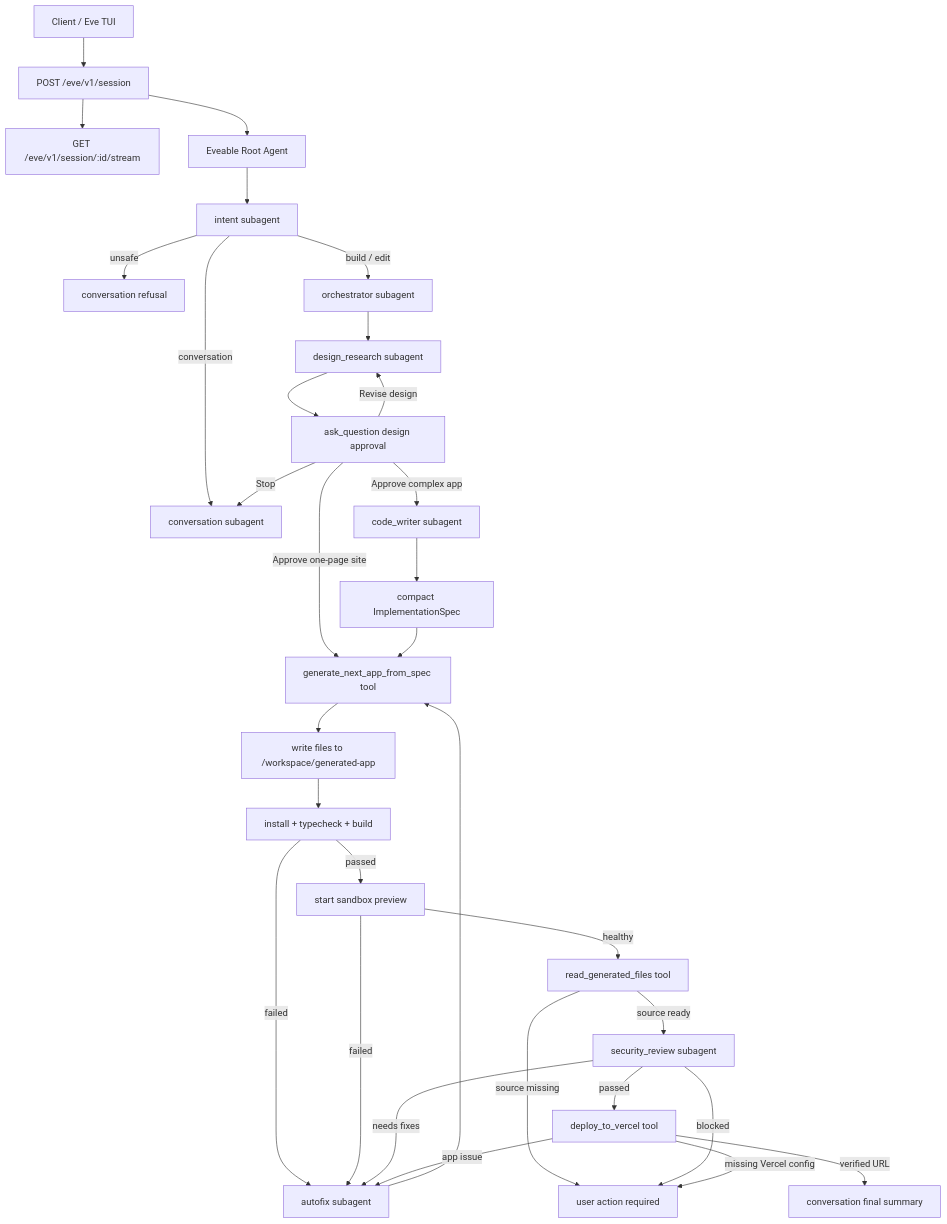
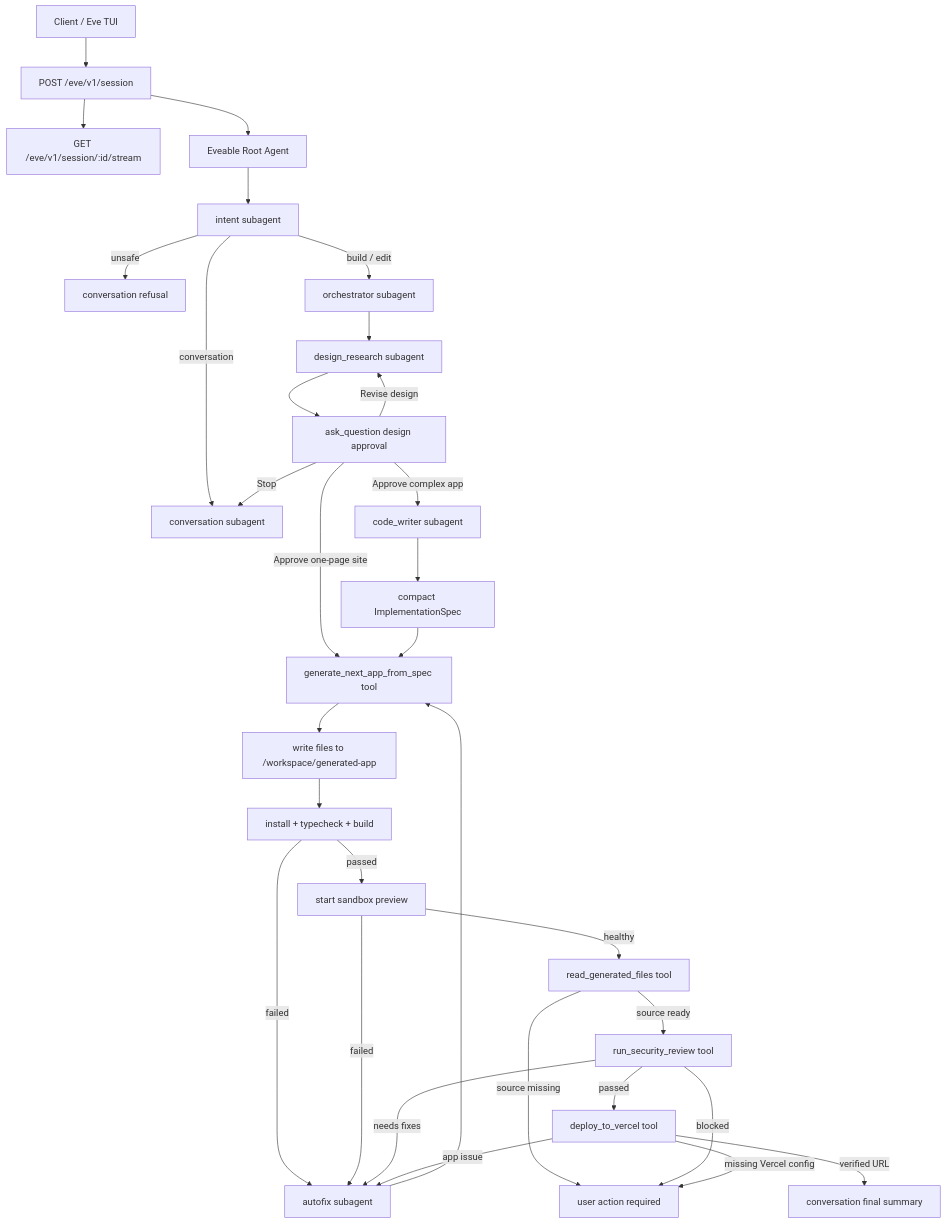
The diagram in README.md (grtsnx/eveable), drawn with Mermaid before and after one commit. The commit also changed other lines of this file and 8 other files, not shown here.

````diff
--- a/README.md
+++ b/README.md
@@ -25,48 +25,48 @@
 ```mermaid
 flowchart TD
   User["Client / Eve TUI"]
   Session["POST /eve/v1/session"]
   Stream["GET /eve/v1/session/:id/stream"]
   Root["Eveable Root Agent"]
 
   User --> Session
   Session --> Stream
   Session --> Root
 
   Root --> Intent["intent subagent"]
 
   Intent -->|"unsafe"| Refusal["conversation refusal"]
   Intent -->|"conversation"| Conversation["conversation subagent"]
   Intent -->|"build / edit"| Orchestrator["orchestrator subagent"]
 
   Orchestrator --> Design["design_research subagent"]
   Design --> Approval["ask_question design approval"]
 
   Approval -->|"Revise design"| Design
   Approval -->|"Stop"| Conversation
   Approval -->|"Approve one-page site"| Generator["generate_next_app_from_spec tool"]
   Approval -->|"Approve complex app"| CodeWriter["code_writer subagent"]
 
   CodeWriter --> Spec["compact ImplementationSpec"]
   Spec --> Generator
 
   Generator --> Write["write files to /workspace/generated-app"]
   Write --> Validate["install + typecheck + build"]
   Validate -->|"failed"| Autofix["autofix subagent"]
   Validate -->|"passed"| Preview["start sandbox preview"]
   Preview -->|"failed"| Autofix
   Preview -->|"healthy"| ReadSource["read_generated_files tool"]
 
   Autofix --> Generator
 
   ReadSource -->|"source missing"| UserAction["user action required"]
-  ReadSource -->|"source ready"| Security["security_review subagent"]
+  ReadSource -->|"source ready"| Security["run_security_review tool"]
 
   Security -->|"needs fixes"| Autofix
   Security -->|"blocked"| UserAction
   Security -->|"passed"| Deploy["deploy_to_vercel tool"]
 
   Deploy -->|"app issue"| Autofix
   Deploy -->|"missing Vercel config"| UserAction
   Deploy -->|"verified URL"| Final["conversation final summary"]
 ```
````
